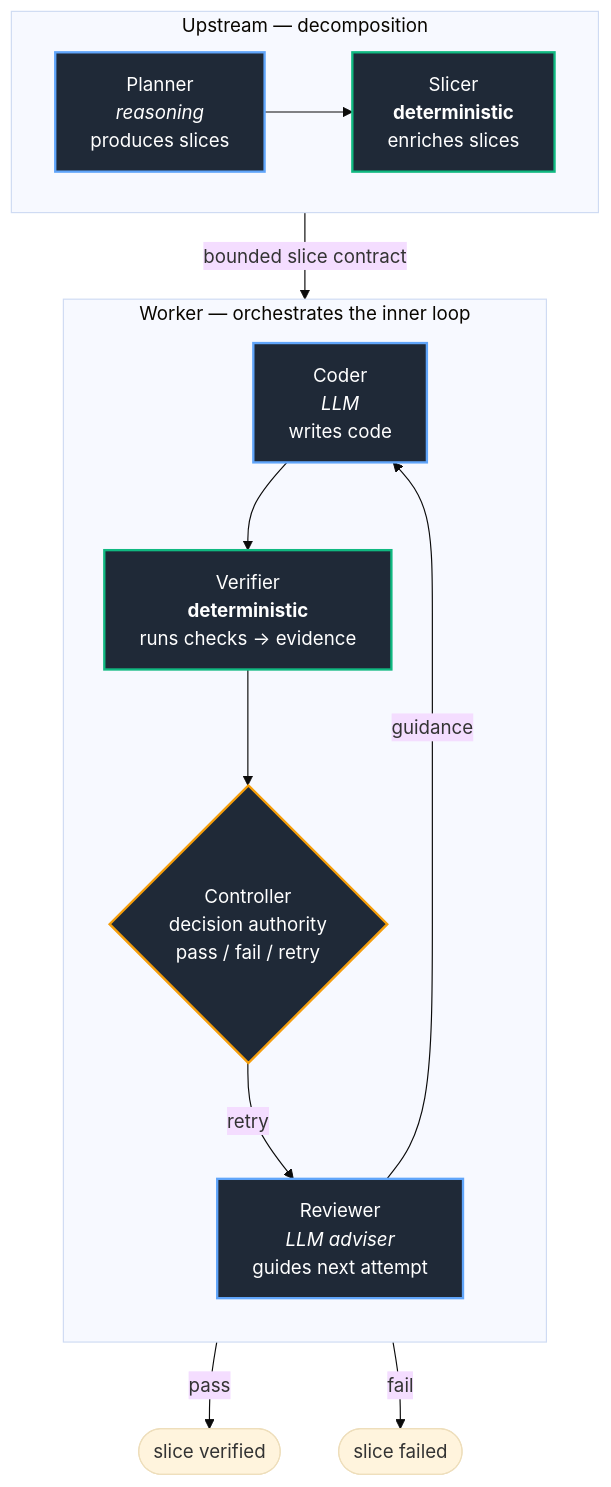
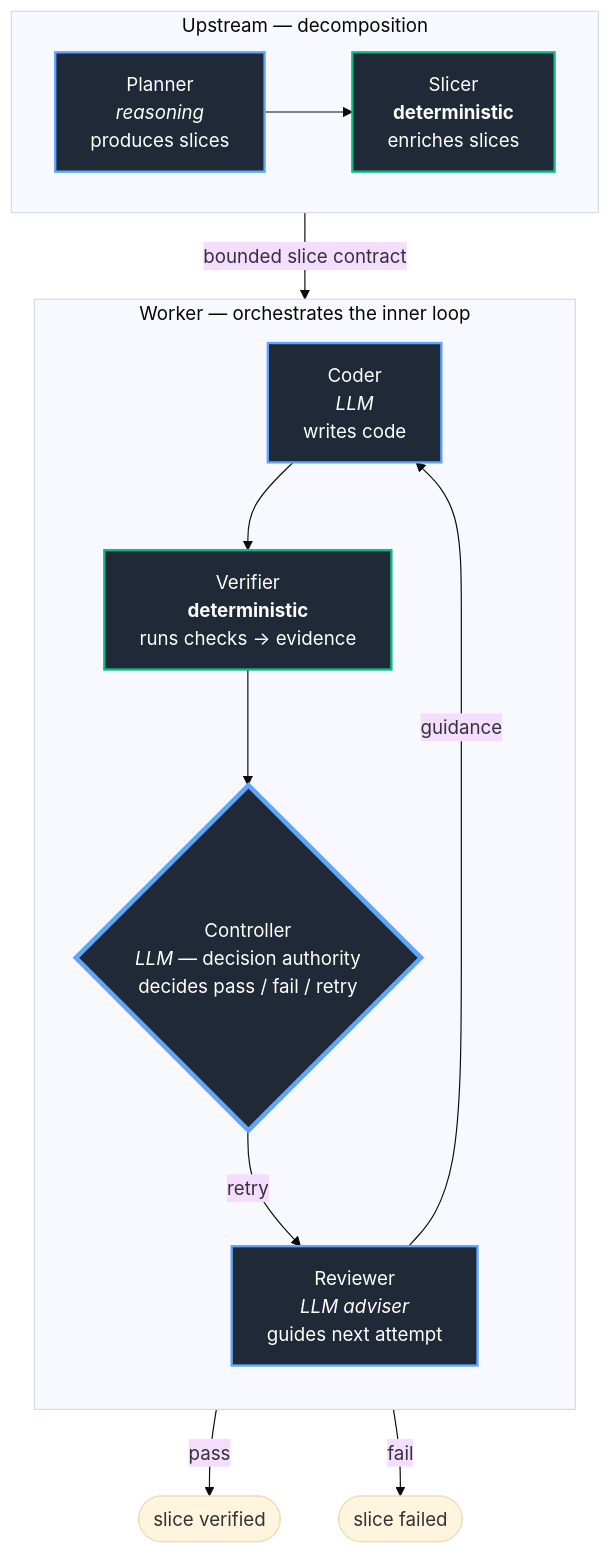
The diagram in docs/04_execution_architecture.md (homel-dev/eos), drawn with Mermaid (base theme) before and after one commit. The commit also changed other lines of this file, not shown here.

````diff
--- a/docs/04_execution_architecture.md
+++ b/docs/04_execution_architecture.md
@@ -148,32 +148,32 @@
 ```mermaid
 flowchart TB
     subgraph UP["Upstream — decomposition"]
         direction LR
         P["Planner<br/><i>reasoning</i><br/>produces slices"]
         S["Slicer<br/><b>deterministic</b><br/>enriches slices"]
         P --> S
     end
 
     subgraph WK["Worker — orchestrates the inner loop"]
         direction TB
         C["Coder<br/><i>LLM</i><br/>writes code"]
         V["Verifier<br/><b>deterministic</b><br/>runs checks → evidence"]
-        CT{"Controller<br/>decision authority<br/>pass / fail / retry"}
+        CT{"Controller<br/><i>LLM</i> — decision authority<br/>decides pass / fail / retry"}
         R["Reviewer<br/><i>LLM adviser</i><br/>guides next attempt"]
 
         C --> V --> CT
         CT -->|retry| R
         R -->|guidance| C
     end
 
     S -->|bounded slice contract| WK
     CT -->|pass| DONE([slice verified])
     CT -->|fail| FAIL([slice failed])
 
     classDef det fill:#1f2937,stroke:#10b981,color:#fff,stroke-width:2px;
     classDef llm fill:#1f2937,stroke:#60a5fa,color:#fff,stroke-width:2px;
-    classDef dec fill:#1f2937,stroke:#f59e0b,color:#fff,stroke-width:2px;
+    classDef dec fill:#1f2937,stroke:#60a5fa,color:#fff,stroke-width:4px;
     class S,V det;
     class P,C,R llm;
     class CT dec;
 ```
````
